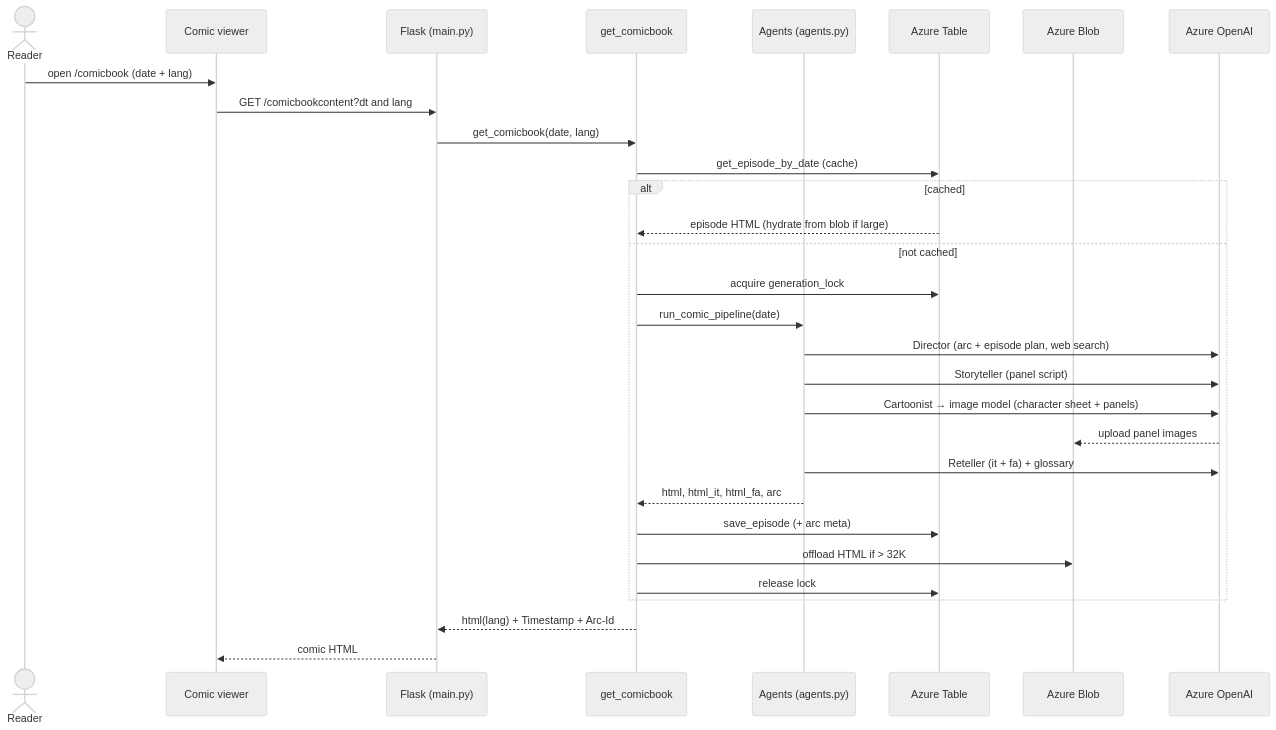
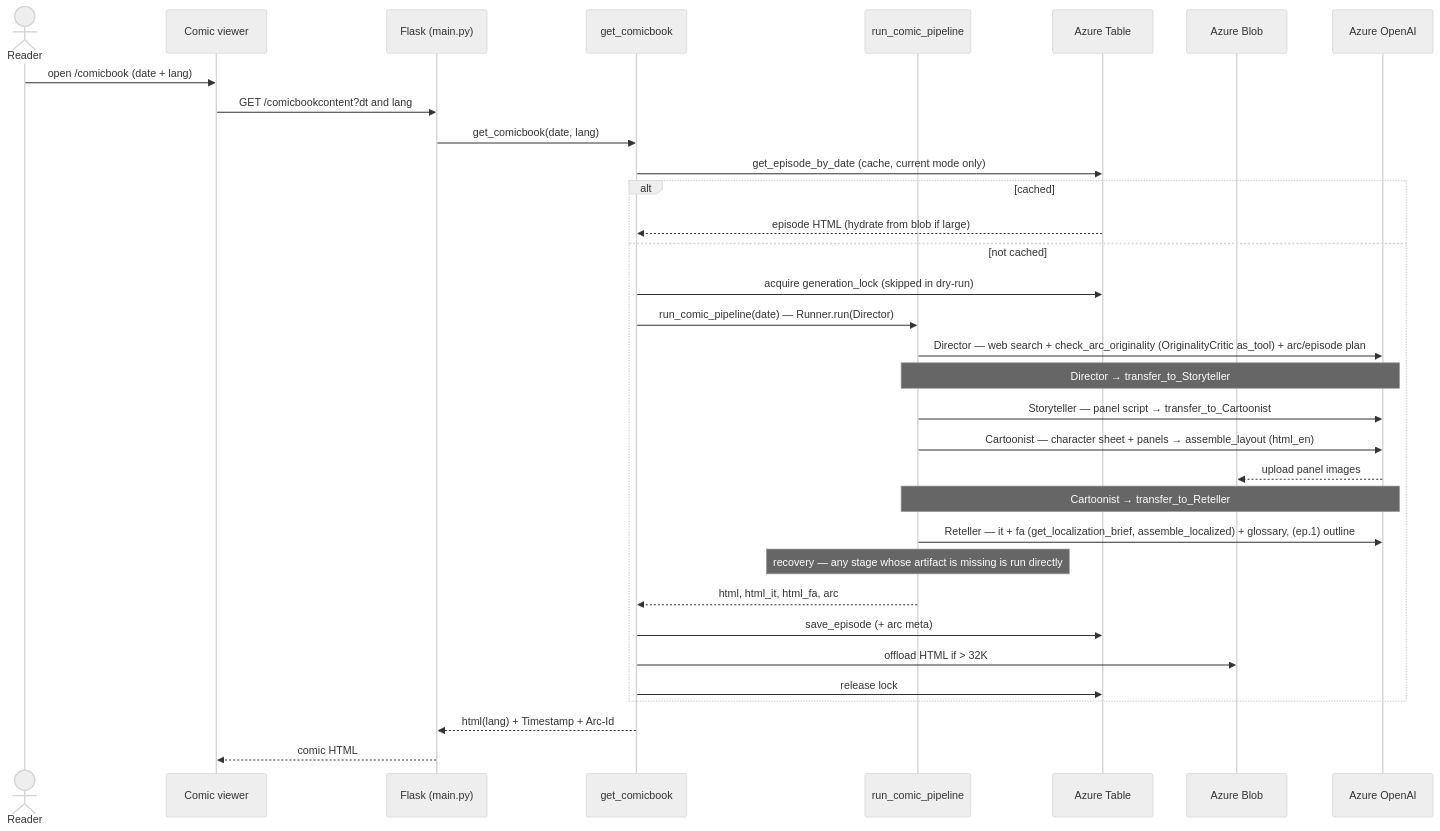
One commit to abozaralizadeh/SandBox changed the third of 3 diagrams in ComicBook/architecture.md. Above: the diagram before and after it, drawn with Mermaid (neutral theme). The commit also changed other lines of this file and 7 other files, not shown here.

````diff
--- a/ComicBook/architecture.md
+++ b/ComicBook/architecture.md
@@ -112,33 +130,36 @@
 ```mermaid
 sequenceDiagram
     actor U as Reader
     participant CV as Comic viewer
     participant API as Flask (main.py)
     participant P as get_comicbook
-    participant AG as Agents (agents.py)
+    participant AG as run_comic_pipeline
     participant T as Azure Table
     participant B as Azure Blob
     participant AOAI as Azure OpenAI
 
     U->>CV: open /comicbook (date + lang)
     CV->>API: GET /comicbookcontent?dt and lang
     API->>P: get_comicbook(date, lang)
-    P->>T: get_episode_by_date (cache)
+    P->>T: get_episode_by_date (cache, current mode only)
     alt cached
         T-->>P: episode HTML (hydrate from blob if large)
     else not cached
-        P->>T: acquire generation_lock
-        P->>AG: run_comic_pipeline(date)
-        AG->>AOAI: Director (arc + episode plan, web search)
-        AG->>AOAI: Storyteller (panel script)
-        AG->>AOAI: Cartoonist → image model (character sheet + panels)
+        P->>T: acquire generation_lock (skipped in dry-run)
+        P->>AG: run_comic_pipeline(date) — Runner.run(Director)
+        AG->>AOAI: Director — web search + check_arc_originality (OriginalityCritic as_tool) + arc/episode plan
+        Note over AG,AOAI: Director → transfer_to_Storyteller
+        AG->>AOAI: Storyteller — panel script → transfer_to_Cartoonist
+        AG->>AOAI: Cartoonist — character sheet + panels → assemble_layout (html_en)
         AOAI-->>B: upload panel images
-        AG->>AOAI: Reteller (it + fa) + glossary
+        Note over AG,AOAI: Cartoonist → transfer_to_Reteller
+        AG->>AOAI: Reteller — it + fa (get_localization_brief, assemble_localized) + glossary, (ep.1) outline
+        Note over AG: recovery — any stage whose artifact is missing is run directly
         AG-->>P: html, html_it, html_fa, arc
         P->>T: save_episode (+ arc meta)
         P->>B: offload HTML if > 32K
         P->>T: release lock
     end
     P-->>API: html(lang) + Timestamp + Arc-Id
     API-->>CV: comic HTML
 ```
````
